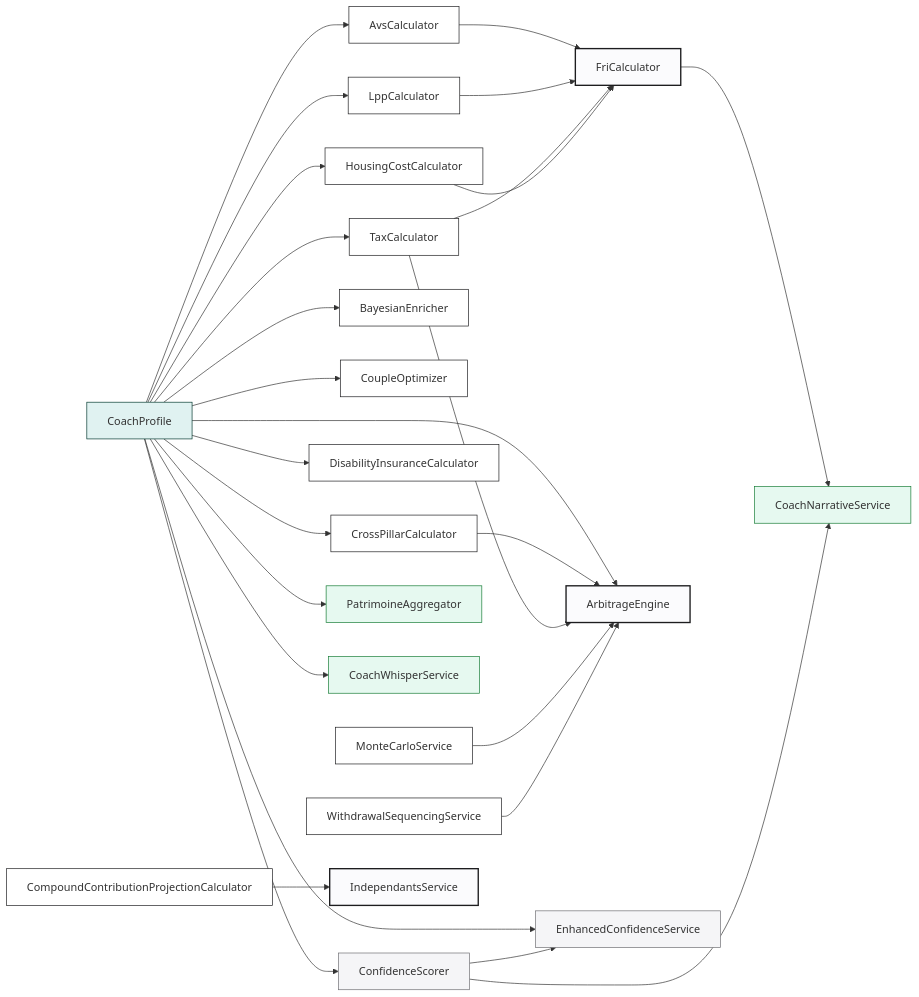
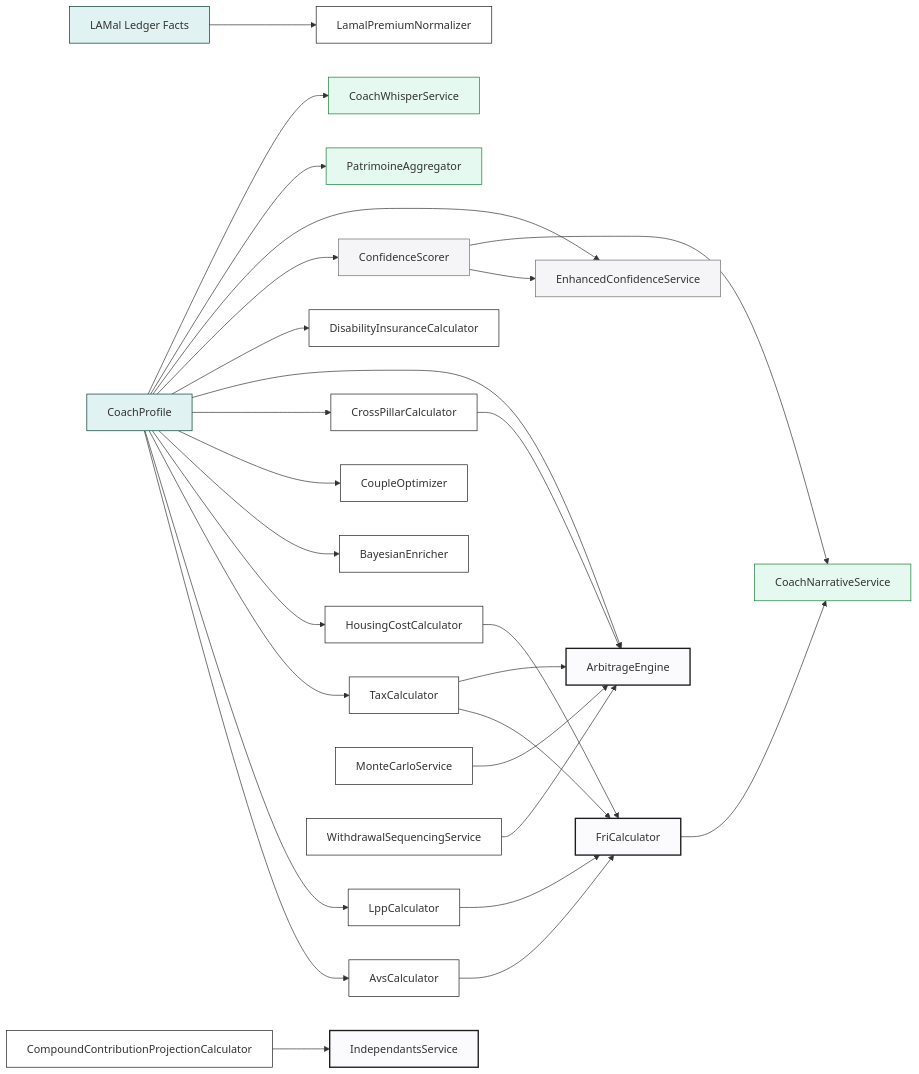
The diagram in docs/calculator-graph.md (MINT-IA/MINT), drawn with Mermaid before and after one commit. The commit also changed other lines of this file and 29 other files, not shown here.

Commit message:
fix(lamal): source franchise comparison from ledger

````diff
--- a/docs/calculator-graph.md
+++ b/docs/calculator-graph.md
@@ -26,42 +26,43 @@
 ```mermaid
 flowchart LR
     PROFILE[CoachProfile]:::profile
 
     PROFILE --> AVS[AvsCalculator]:::calc
     PROFILE --> LPP[LppCalculator]:::calc
     PROFILE --> TAX[TaxCalculator]:::calc
     PROFILE --> HOUSING[HousingCostCalculator]:::calc
     PROFILE --> BAYESIAN[BayesianEnricher]:::calc
 
     AVS --> FRI[FriCalculator]:::composer
     LPP --> FRI
     TAX --> FRI
     HOUSING --> FRI
 
     PROFILE --> COUPLE[CoupleOptimizer]:::calc
     PROFILE --> CROSS[CrossPillarCalculator]:::calc
     PROFILE --> ARB[ArbitrageEngine]:::composer
     CROSS --> ARB
     TAX --> ARB
     PROFILE --> DISABILITY[DisabilityInsuranceCalculator]:::calc
+    LAMAL_FACTS[LAMal Ledger Facts]:::profile --> LAMAL[LamalPremiumNormalizer]:::calc
 
     PROFILE --> CONF[ConfidenceScorer]:::score
     PROFILE --> CONF_ENH[EnhancedConfidenceService]:::score
     CONF --> CONF_ENH
 
     PROFILE --> PAT[PatrimoineAggregator]:::ui
     PROFILE --> WHISPER[CoachWhisperService]:::ui
 
     FRI --> NAR[CoachNarrativeService]:::ui
     CONF --> NAR
 
     MC[MonteCarloService]:::calc --> ARB
     WITHDRAW[WithdrawalSequencingService]:::calc --> ARB
     COMPOUND[CompoundContributionProjectionCalculator]:::calc --> INDEP[IndependantsService]:::composer
 
     classDef profile fill:#E0F2F1,stroke:#00382E
     classDef calc fill:#FFF,stroke:#1D1D1F
     classDef composer fill:#FBFBFD,stroke:#1D1D1F,stroke-width:2px
     classDef score fill:#F5F5F7,stroke:#6E6E73
     classDef ui fill:#E6F9F0,stroke:#157B35
 ```
````
